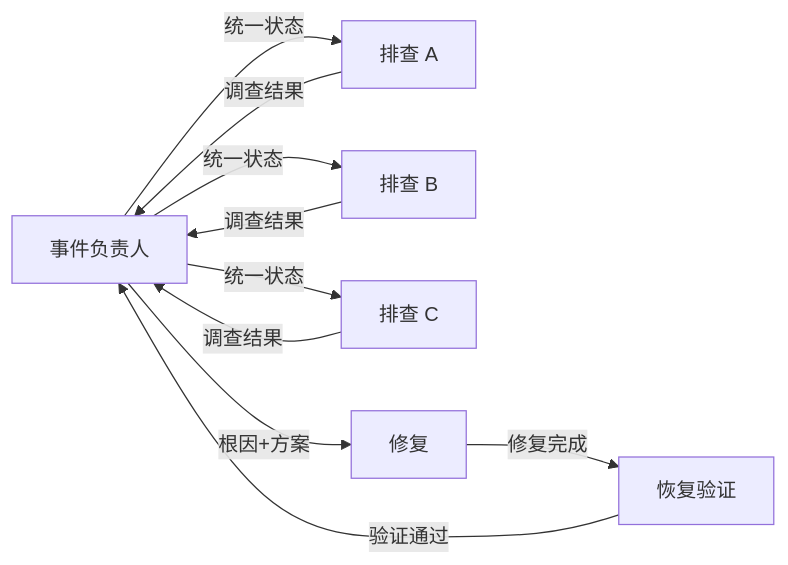
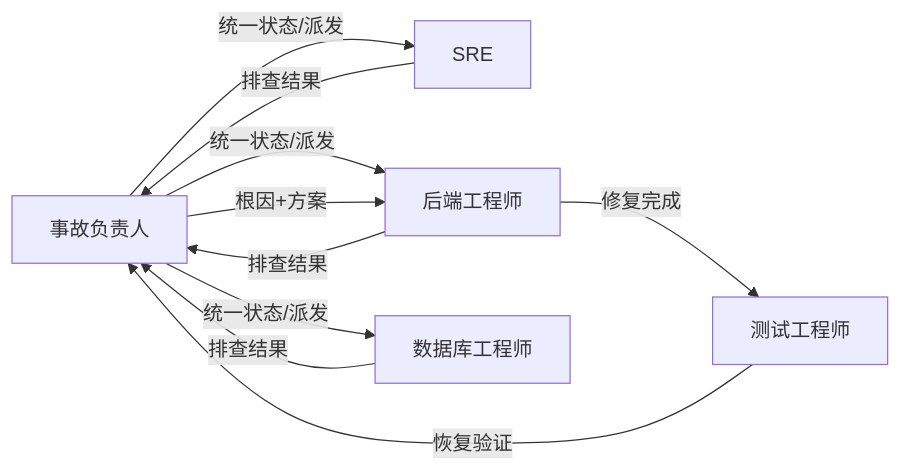
One commit to icylight/pi-tavern changed the third of 6 diagrams in README.md. Above: the diagram before and after it, drawn with Mermaid. The commit also changed other lines of this file and 1 other file, not shown here.

Commit message:
docs(readme): 团队示例角色职位化——5 列表拆「角色（谁参与）/协作流程（谁做什么）」+ Mermaid 节点改具体职位（产品经理/事故负责人/SRE/安全架构师/分诊员等，中英一致，User 指示）

````diff
--- a/README.md
+++ b/README.md
@@ -82,8 +82,8 @@
 ```mermaid
 flowchart LR
-    IC["事件负责人"] -->|"统一状态"| I1["排查 A"] & I2["排查 B"] & I3["排查 C"]
-    I1 & I2 & I3 -->|"调查结果"| IC
-    IC -->|"根因+方案"| FX["修复"]
-    FX -->|"修复完成"| VR["恢复验证"]
-    VR -->|"验证通过"| IC
+    IC["事故负责人"] -->|"统一状态/派发"| SRE["SRE"] & BE["后端工程师"] & DBE["数据库工程师"]
+    SRE & BE & DBE -->|"排查结果"| IC
+    IC -->|"根因+方案"| BE
+    BE -->|"修复完成"| TE["测试工程师"]
+    TE -->|"恢复验证"| IC
 ```
````
